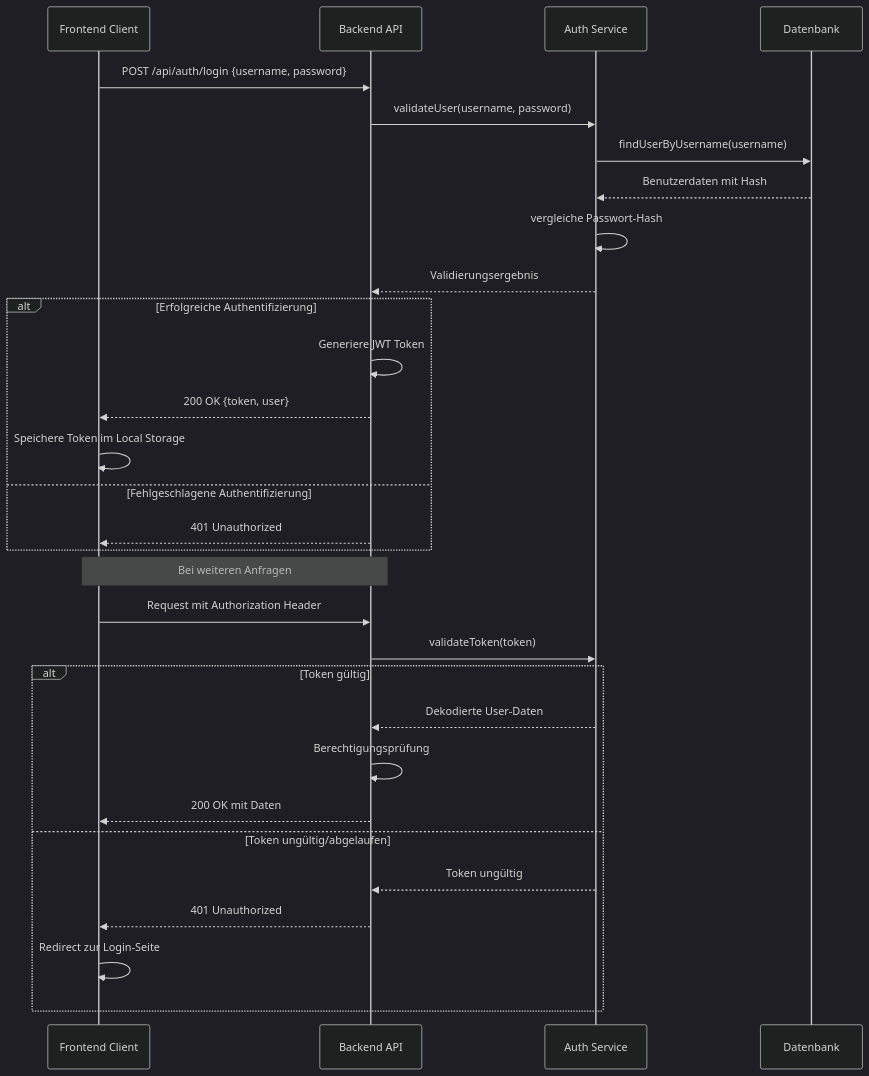
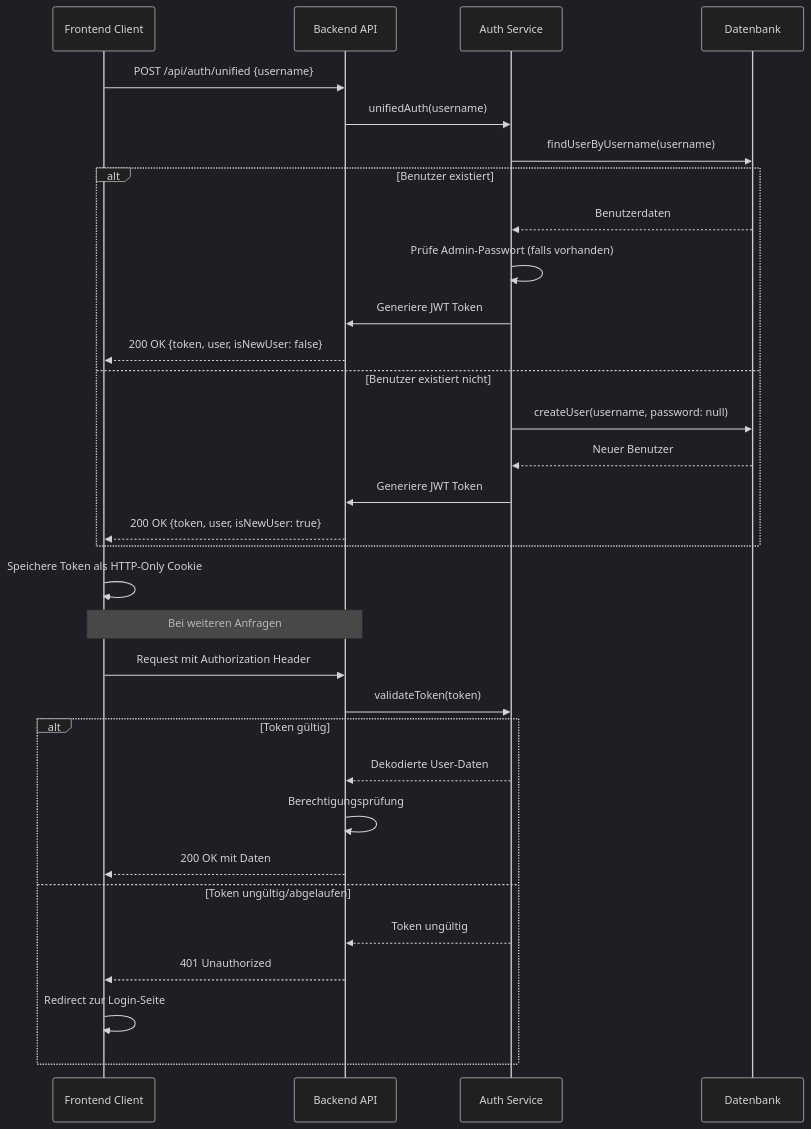
Before and after one commit to bluelight-hub/app: diagram 11 of 15 in docs/architecture/06-runtime-view.adoc, drawn with Mermaid (dark theme). The commit also changed 20 other files, not shown here.

First line of the commit message:
♻️(auth): Implement unified authentication with auto-registration

```diff
--- a/docs/architecture/06-runtime-view.adoc
+++ b/docs/architecture/06-runtime-view.adoc
@@ -830,38 +830,41 @@
 [mermaid]
 ....
 sequenceDiagram
     participant Client as Frontend Client
     participant API as Backend API
     participant Auth as Auth Service
     participant DB as Datenbank
     
-    Client->>API: POST /api/auth/login {username, password}
-    API->>Auth: validateUser(username, password)
+    Client->>API: POST /api/auth/unified {username}
+    API->>Auth: unifiedAuth(username)
     Auth->>DB: findUserByUsername(username)
-    DB-->>Auth: Benutzerdaten mit Hash
-    Auth->>Auth: vergleiche Passwort-Hash
-    Auth-->>API: Validierungsergebnis
     
-    alt Erfolgreiche Authentifizierung
-        API->>API: Generiere JWT Token
-        API-->>Client: 200 OK {token, user}
-        Client->>Client: Speichere Token im Local Storage
-    else Fehlgeschlagene Authentifizierung
-        API-->>Client: 401 Unauthorized
+    alt Benutzer existiert
+        DB-->>Auth: Benutzerdaten
+        Auth->>Auth: Prüfe Admin-Passwort (falls vorhanden)
+        Auth->>API: Generiere JWT Token
+        API-->>Client: 200 OK {token, user, isNewUser: false}
+    else Benutzer existiert nicht
+        Auth->>DB: createUser(username, password: null)
+        DB-->>Auth: Neuer Benutzer
+        Auth->>API: Generiere JWT Token
+        API-->>Client: 200 OK {token, user, isNewUser: true}
     end
+    
+    Client->>Client: Speichere Token als HTTP-Only Cookie
     
     Note over Client,API: Bei weiteren Anfragen
     
     Client->>API: Request mit Authorization Header
     API->>Auth: validateToken(token)
     
     alt Token gültig
         Auth-->>API: Dekodierte User-Daten
         API->>API: Berechtigungsprüfung
         API-->>Client: 200 OK mit Daten
     else Token ungültig/abgelaufen
         Auth-->>API: Token ungültig
         API-->>Client: 401 Unauthorized
         Client->>Client: Redirect zur Login-Seite
     end
 ....
```
